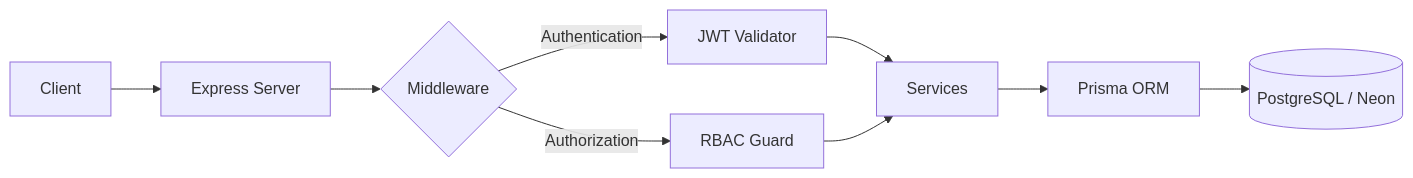
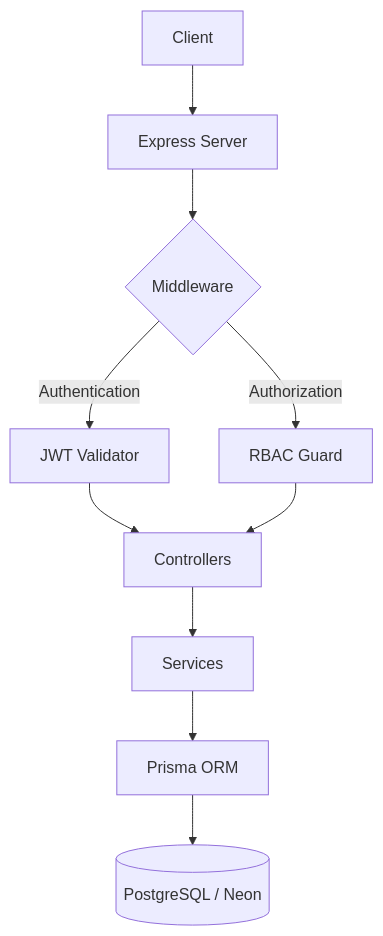
One commit to DevRony04/finops-rbac-backend changed the diagram in README.md. Above: the diagram before and after it, drawn with Mermaid. The commit also changed other lines of this file and 4 other files, not shown here.

````diff
--- a/README.md
+++ b/README.md
@@ -24,11 +26,12 @@
 ```mermaid
-graph LR
+graph TD
     A[Client] --> B[Express Server]
     B --> C{Middleware}
     C -->|Authentication| D[JWT Validator]
     C -->|Authorization| E[RBAC Guard]
-    D --> F[Services]
+    D --> F[Controllers]
     E --> F
-    F --> G[Prisma ORM]
-    G --> H[(PostgreSQL / Neon)]
+    F --> G[Services]
+    G --> H[Prisma ORM]
+    H --> I[(PostgreSQL / Neon)]
 ```
````
